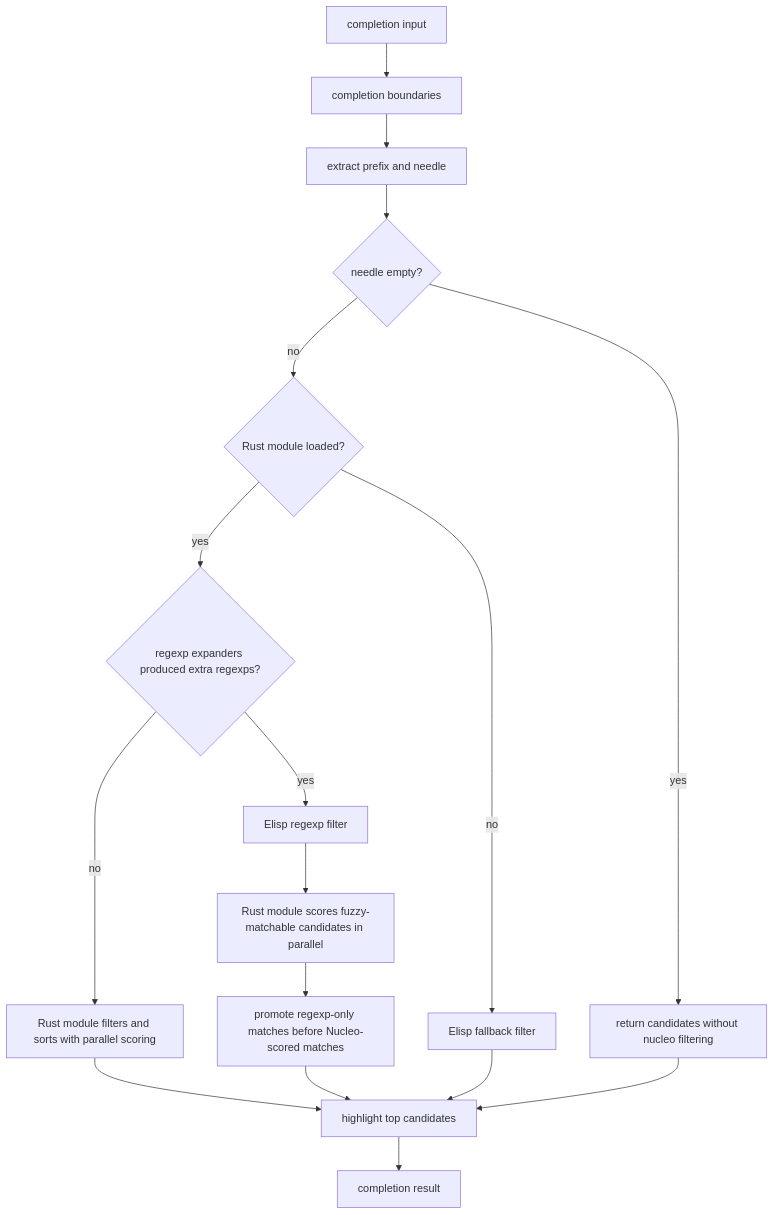
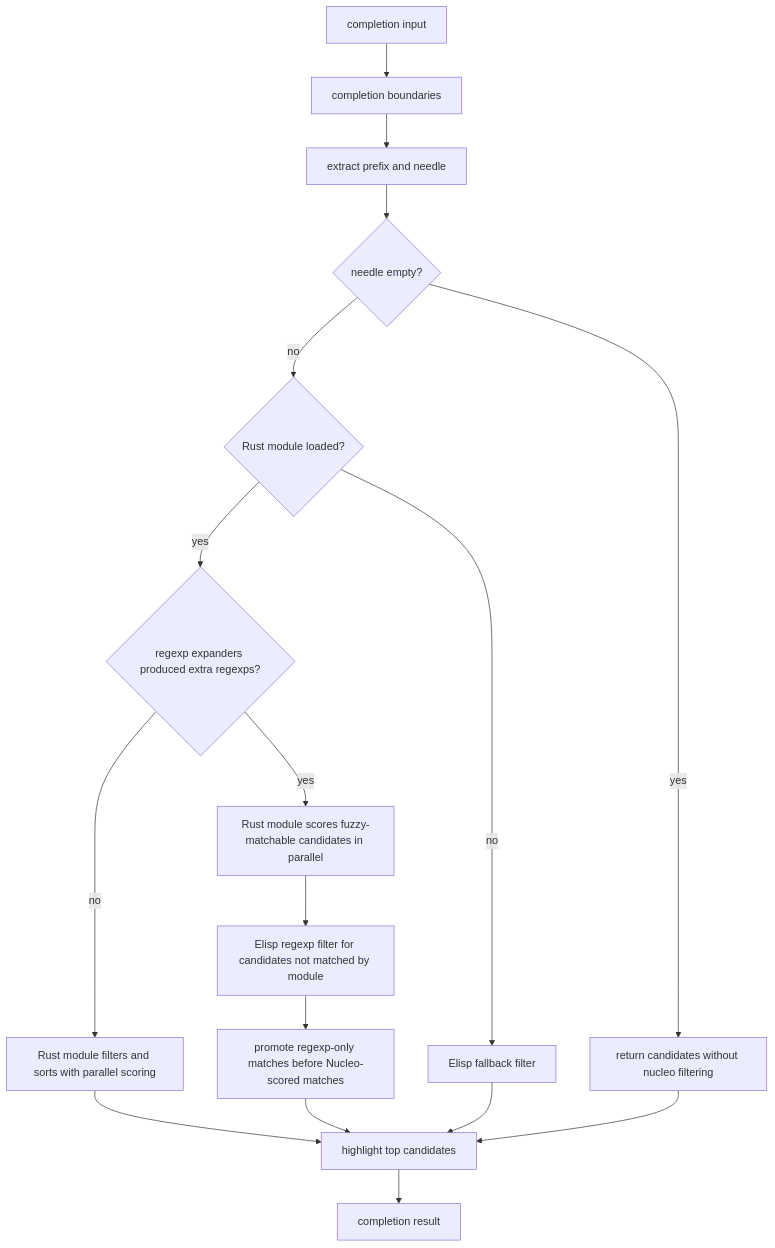
The diagram in spec/nucleo-completion.org (kn66/nucleo-completion.el), drawn with Mermaid before and after one commit. The commit also changed other lines of this file and 3 other files, not shown here.

```diff
--- a/spec/nucleo-completion.org
+++ b/spec/nucleo-completion.org
@@ -109,19 +114,19 @@
 #+begin_src mermaid
   flowchart TD
       A[completion input] --> B[completion boundaries]
       B --> C[extract prefix and needle]
       C --> D{needle empty?}
       D -->|yes| E[return candidates without nucleo filtering]
       D -->|no| F{Rust module loaded?}
       F -->|yes| G{regexp expanders produced extra regexps?}
-      G -->|yes| H[Elisp regexp filter]
-      H --> I[Rust module scores fuzzy-matchable candidates in parallel]
+      G -->|yes| H[Rust module scores fuzzy-matchable candidates in parallel]
+      H --> I[Elisp regexp filter for candidates not matched by module]
       I --> J[promote regexp-only matches before Nucleo-scored matches]
       G -->|no| K[Rust module filters and sorts with parallel scoring]
       F -->|no| L[Elisp fallback filter]
       K --> M[highlight top candidates]
       J --> M
       L --> M
       E --> M
       M --> N[completion result]
 #+end_src
```
